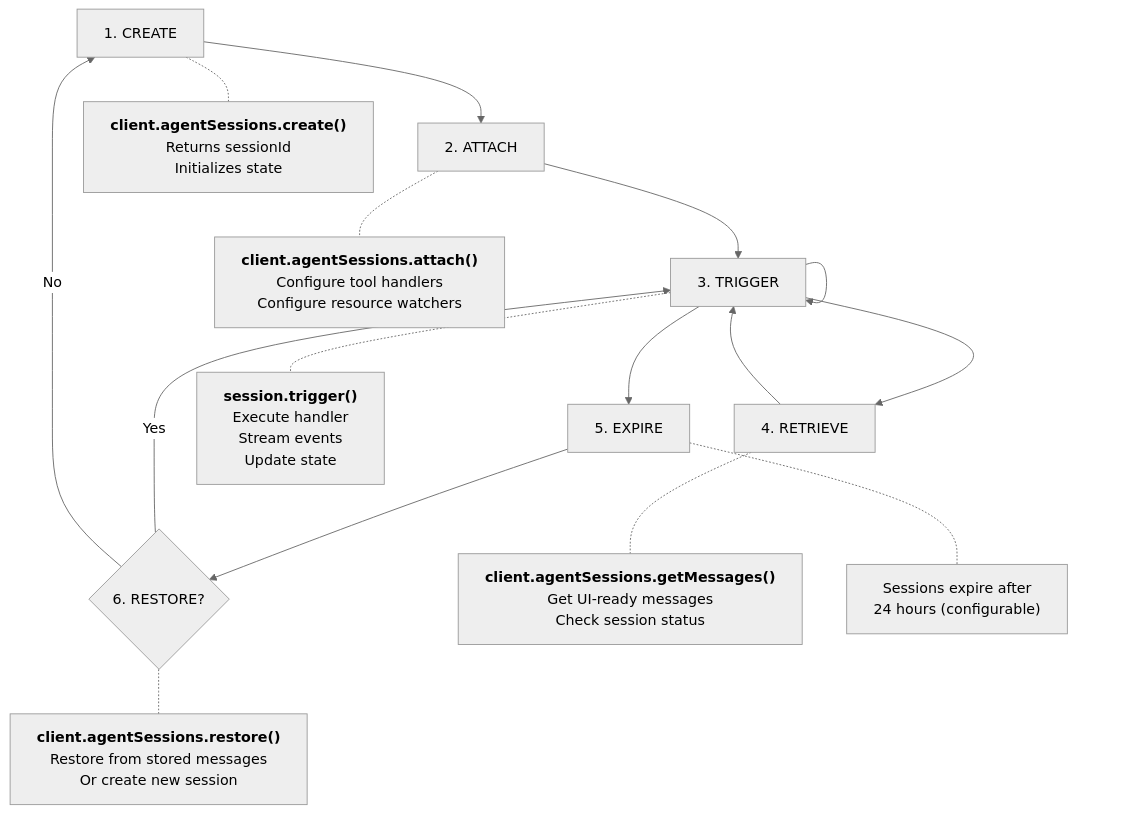
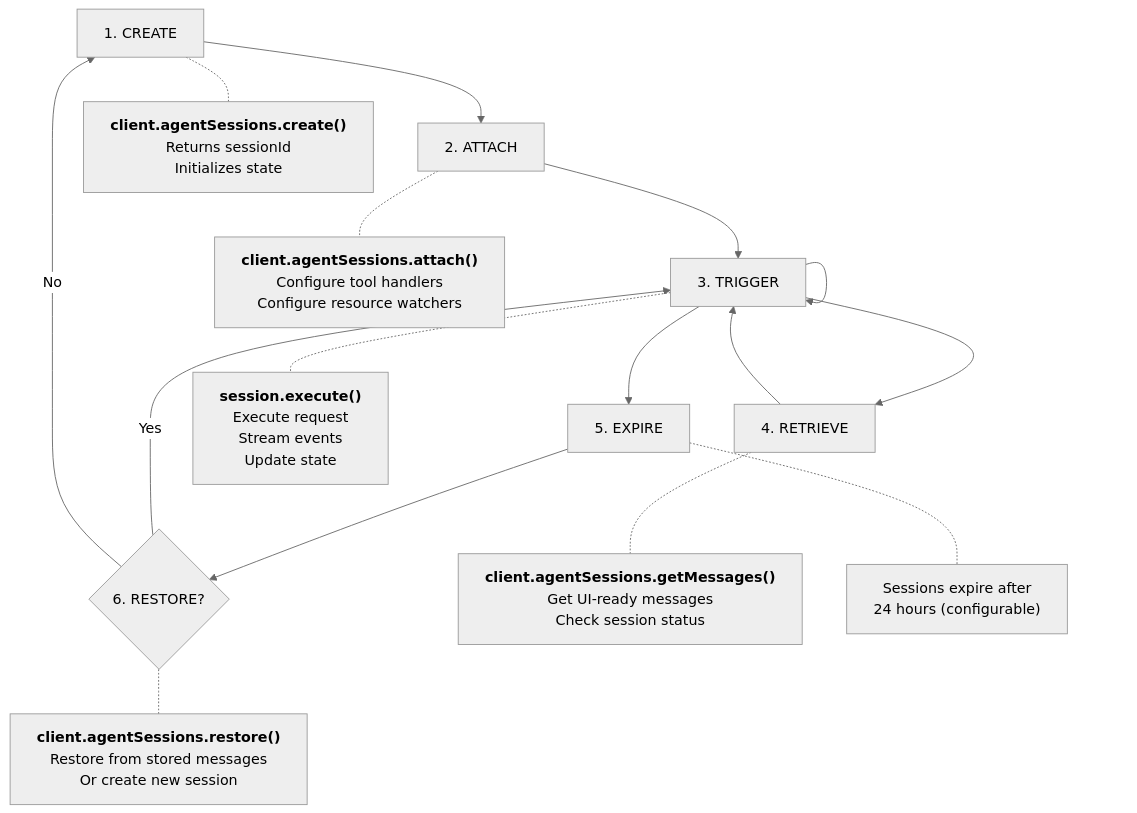
Before and after one commit to octavus-ai/js-sdk: the diagram in packages/docs/content/02-server-sdk/02-sessions.md, drawn with Mermaid (neutral theme). The commit also changed other lines of this file and 30 other files, not shown here.

````diff
--- a/packages/docs/content/02-server-sdk/02-sessions.md
+++ b/packages/docs/content/02-server-sdk/02-sessions.md
@@ -126,36 +167,36 @@
 ```mermaid
 flowchart TD
     A[1. CREATE] --> B[2. ATTACH]
     B --> C[3. TRIGGER]
     C --> C
     C --> D[4. RETRIEVE]
     D --> C
     C --> E[5. EXPIRE]
     E --> F{6. RESTORE?}
     F -->|Yes| C
     F -->|No| A
 
     A -.- A1["`**client.agentSessions.create()**
     Returns sessionId
     Initializes state`"]
 
     B -.- B1["`**client.agentSessions.attach()**
     Configure tool handlers
     Configure resource watchers`"]
 
-    C -.- C1["`**session.trigger()**
-    Execute handler
+    C -.- C1["`**session.execute()**
+    Execute request
     Stream events
     Update state`"]
 
     D -.- D1["`**client.agentSessions.getMessages()**
     Get UI-ready messages
     Check session status`"]
 
     E -.- E1["`Sessions expire after
     24 hours (configurable)`"]
 
     F -.- F1["`**client.agentSessions.restore()**
     Restore from stored messages
     Or create new session`"]
 ```
````
